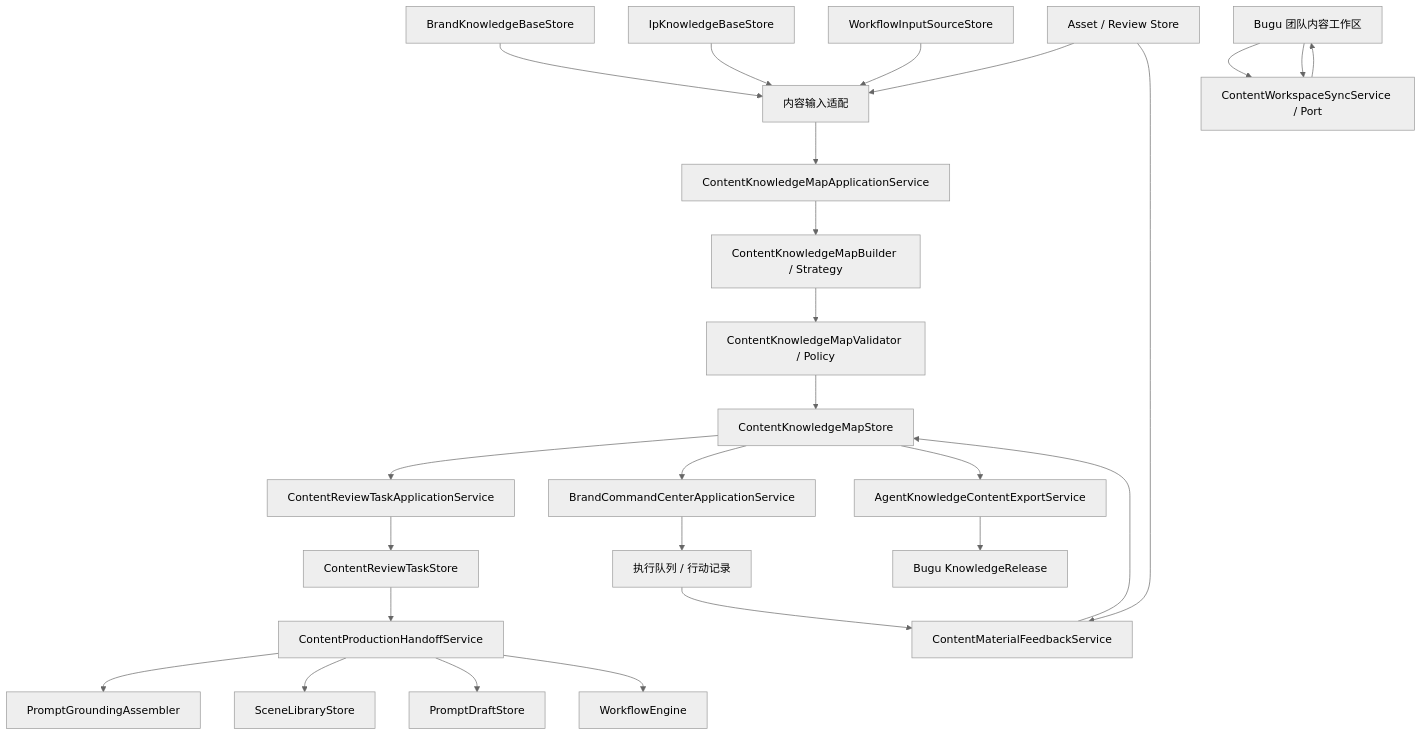
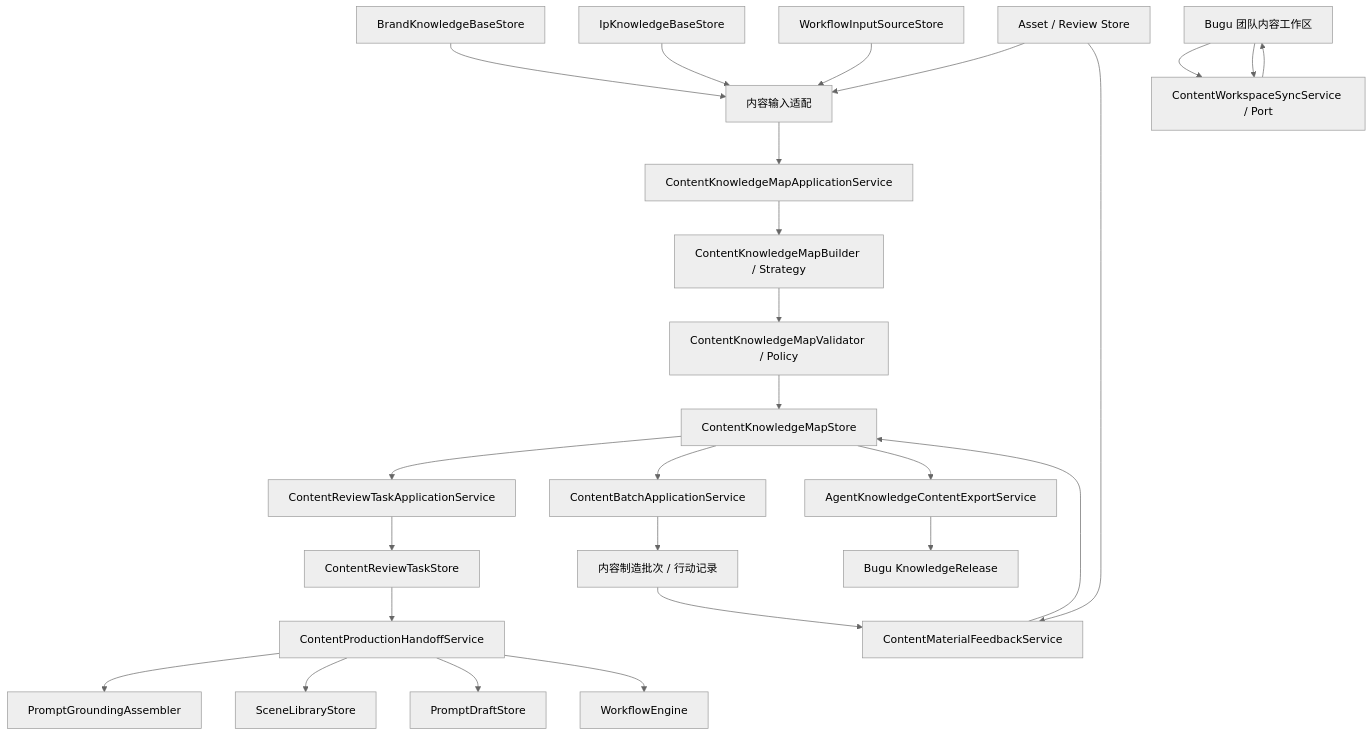
Before and after one commit to limecloud/content-studio: the first of 6 diagrams in docs/roadmap/ontology/v1/workflow-integration.md, drawn with Mermaid (neutral theme). The commit also changed other lines of this file and 117 other files, not shown here.

````diff
--- a/docs/roadmap/ontology/v1/workflow-integration.md
+++ b/docs/roadmap/ontology/v1/workflow-integration.md
@@ -20,32 +20,32 @@
 ```mermaid
 flowchart TD
   BrandKB["BrandKnowledgeBaseStore"] --> Adapter["内容输入适配"]
   IpKB["IpKnowledgeBaseStore"] --> Adapter
   InputStore["WorkflowInputSourceStore"] --> Adapter
   AssetStore["Asset / Review Store"] --> Adapter
   Server["Bugu 团队内容工作区"] --> Sync["ContentWorkspaceSyncService / Port"]
 
   Adapter --> MapApp["ContentKnowledgeMapApplicationService"]
   MapApp --> Builder["ContentKnowledgeMapBuilder / Strategy"]
   Builder --> Validate["ContentKnowledgeMapValidator / Policy"]
   Validate --> MapStore["ContentKnowledgeMapStore"]
   MapStore --> ReviewApp["ContentReviewTaskApplicationService"]
   ReviewApp --> ReviewStore["ContentReviewTaskStore"]
 
   ReviewStore --> Handoff["ContentProductionHandoffService"]
   Handoff --> Grounding["PromptGroundingAssembler"]
   Handoff --> Scene["SceneLibraryStore"]
   Handoff --> Prompt["PromptDraftStore"]
   Handoff --> SOP["WorkflowEngine"]
 
-  MapStore --> Command["BrandCommandCenterApplicationService"]
-  Command --> Queue["执行队列 / 行动记录"]
-  Queue --> Feedback["ContentMaterialFeedbackService"]
+  MapStore --> Batch["ContentBatchApplicationService"]
+  Batch --> Action["内容制造批次 / 行动记录"]
+  Action --> Feedback["ContentMaterialFeedbackService"]
   Feedback --> MapStore
   AssetStore --> Feedback
 
   MapStore --> Export["AgentKnowledgeContentExportService"]
   Export --> ServerRelease["Bugu KnowledgeRelease"]
   Sync --> Server
   Server --> Sync
 ```
````
